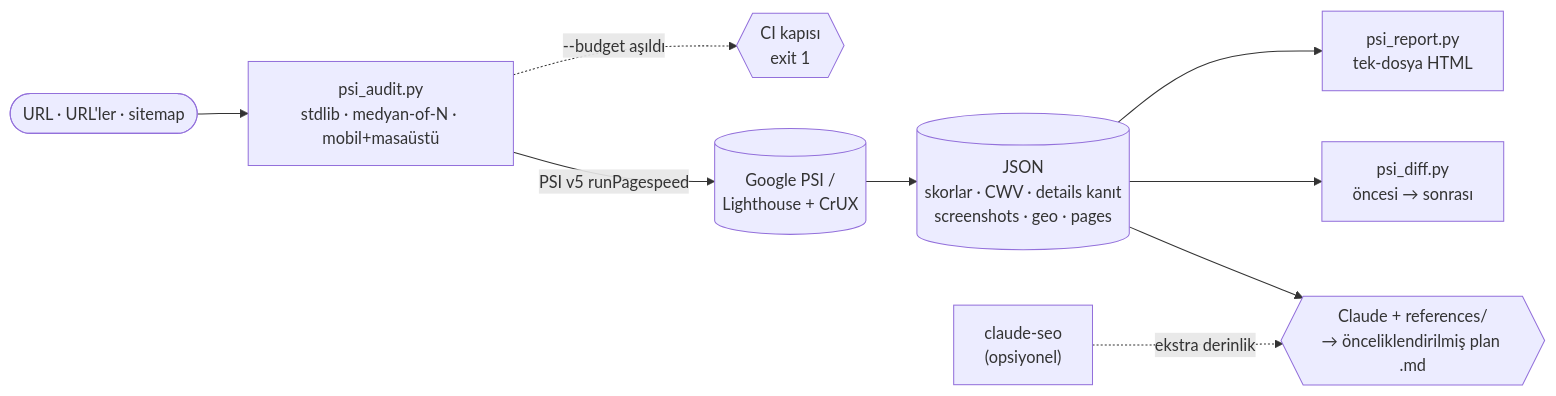
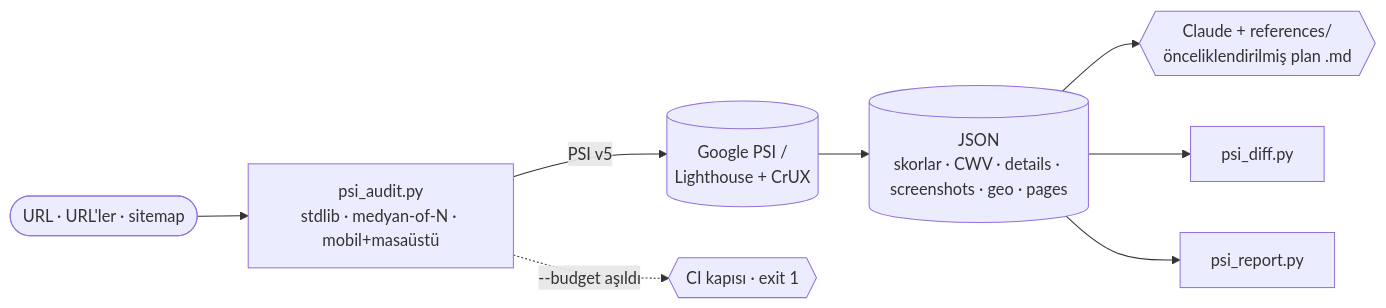
The diagram in README.md (tasdeleno/pagespeed-plan), drawn with Mermaid before and after one commit. The commit also changed other lines of this file, not shown here.

````diff
--- a/README.md
+++ b/README.md
@@ -116,11 +99,10 @@
 ```mermaid
 flowchart LR
     U([URL · URL'ler · sitemap]) --> S["psi_audit.py<br/>stdlib · medyan-of-N · mobil+masaüstü"]
-    S -->|PSI v5 runPagespeed| G[("Google PSI /<br/>Lighthouse + CrUX")]
-    S -.->|--budget aşıldı| GATE{{"CI kapısı<br/>exit 1"}}
-    G --> J[("JSON<br/>skorlar · CWV · details kanıt<br/>screenshots · geo · pages")]
-    J --> M{{"Claude + references/<br/>→ önceliklendirilmiş plan .md"}}
-    J --> D["psi_diff.py<br/>öncesi → sonrası"]
-    J --> H["psi_report.py<br/>tek-dosya HTML"]
-    C["claude-seo<br/>(opsiyonel)"] -. ekstra derinlik .-> M
+    S -->|PSI v5| G[("Google PSI /<br/>Lighthouse + CrUX")]
+    S -.->|--budget aşıldı| GATE{{"CI kapısı · exit 1"}}
+    G --> J[("JSON<br/>skorlar · CWV · details · screenshots · geo · pages")]
+    J --> M{{"Claude + references/<br/>önceliklendirilmiş plan .md"}}
+    J --> D["psi_diff.py"]
+    J --> H["psi_report.py"]
 ```
````
